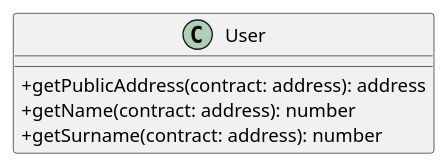
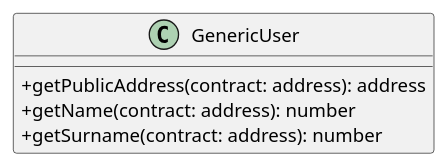
The diagram in web3function/file/User.iuml (M9k/Marvin-Uml), drawn with PlantUML before and after one commit.

Commit message:
Rename User class in GenericUser

```diff
--- a/web3function/file/User.iuml
+++ b/web3function/file/User.iuml
@@ -1,8 +1,8 @@
 @startuml
 skinparam classAttributeIconSize 0
-class User{
+class GenericUser{
 + getPublicAddress(contract: address): address
 + getName(contract: address): number
 + getSurname(contract: address): number
 }
 @enduml
```
